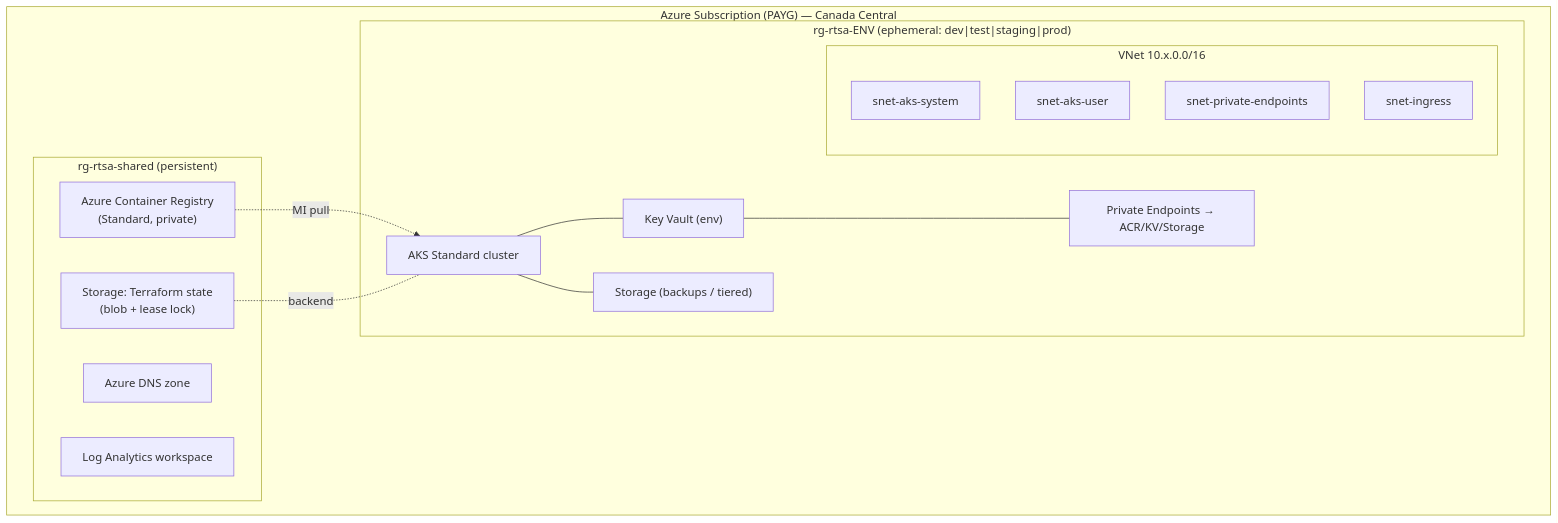
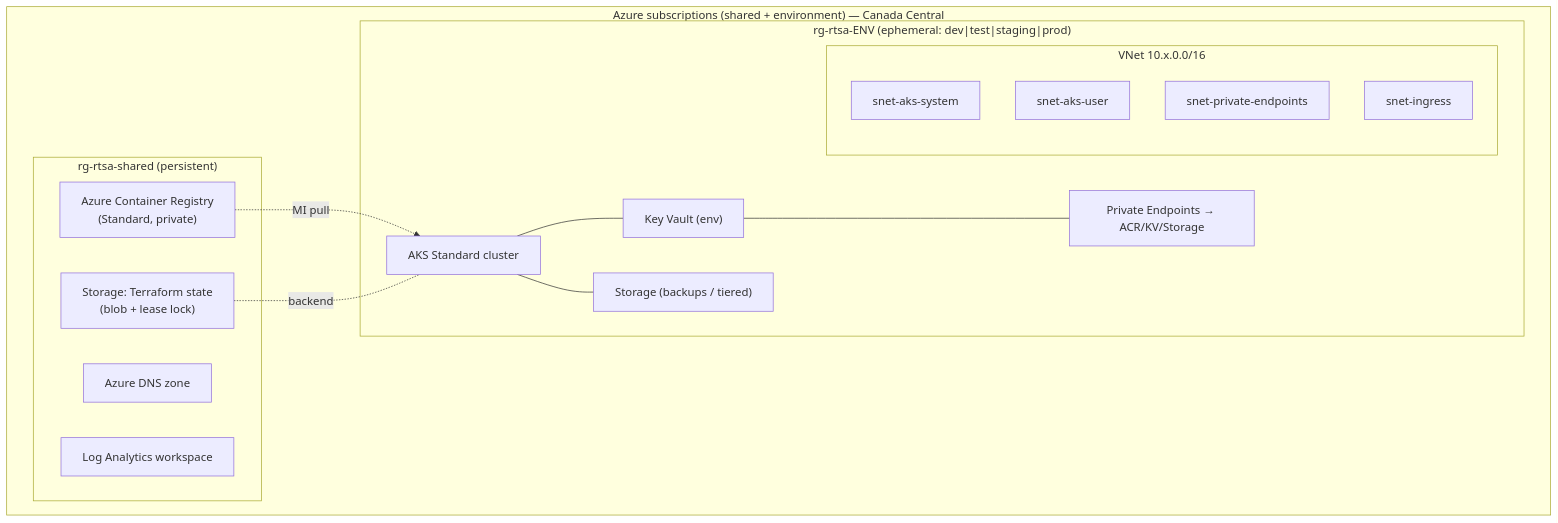
Before and after one commit to arvinddhasmana/rtsa_webgpu: the first of 5 diagrams in docs/deployment/azure/02-target-architecture.md, drawn with Mermaid. The commit also changed other lines of this file and 53 other files, not shown here.

````diff
--- a/docs/deployment/azure/02-target-architecture.md
+++ b/docs/deployment/azure/02-target-architecture.md
@@ -21,28 +21,28 @@
 ```mermaid
 flowchart TB
-    subgraph SUB["Azure Subscription (PAYG) — Canada Central"]
+    subgraph SUB["Azure subscriptions (shared + environment) — Canada Central"]
         subgraph SHARED["rg-rtsa-shared (persistent)"]
             ACR["Azure Container Registry<br/>(Standard, private)"]
             TFSTATE["Storage: Terraform state<br/>(blob + lease lock)"]
             DNS["Azure DNS zone"]
             LAW["Log Analytics workspace"]
         end
         subgraph ENVRG["rg-rtsa-ENV (ephemeral: dev|test|staging|prod)"]
             subgraph VNET["VNet 10.x.0.0/16"]
                 SNSYS["snet-aks-system"]
                 SNUSR["snet-aks-user"]
                 SNPE["snet-private-endpoints"]
                 SNAPPGW["snet-ingress"]
             end
             AKS["AKS Standard cluster"]
             KV["Key Vault (env)"]
             STOR["Storage (backups / tiered)"]
             PE["Private Endpoints → ACR/KV/Storage"]
         end
     end
     ACR -. MI pull .-> AKS
     TFSTATE -. backend .- AKS
     AKS --- KV
     AKS --- STOR
     KV --- PE
 ```
````
